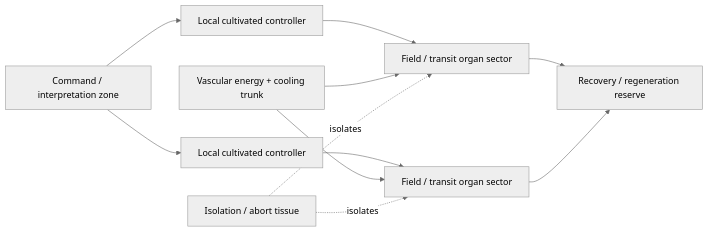
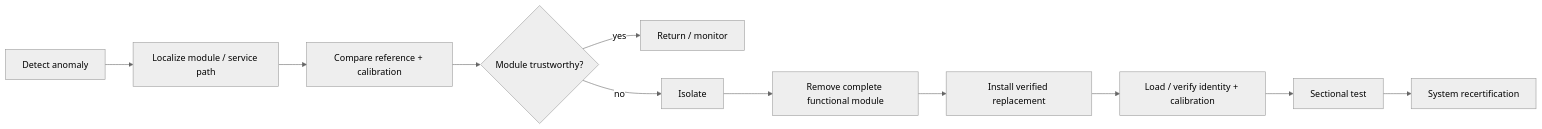
Before and after one commit to mrcalzon02/HB-TTRPG-tools: the second of 2 diagrams in docs/blacklight/ARNOCK_PROPULSION_TRANSIT_ENGINEERING_PROFILE.md, drawn with Mermaid (neutral theme). The commit also changed other lines of this file, not shown here.

````diff
--- a/docs/blacklight/ARNOCK_PROPULSION_TRANSIT_ENGINEERING_PROFILE.md
+++ b/docs/blacklight/ARNOCK_PROPULSION_TRANSIT_ENGINEERING_PROFILE.md
@@ -272,22 +351,13 @@
 ```mermaid
 flowchart LR
-    C[Command / interpretation zone]
-    N1[Local cultivated controller]
-    N2[Local cultivated controller]
-    F1[Field / transit organ sector]
-    F2[Field / transit organ sector]
-    V[Vascular energy + cooling trunk]
-    R[Recovery / regeneration reserve]
-    A[Isolation / abort tissue]
-
-    C --> N1
-    C --> N2
-    N1 --> F1
-    N2 --> F2
-    V --> F1
-    V --> F2
-    F1 --> R
-    F2 --> R
-    A -. isolates .-> F1
-    A -. isolates .-> F2
+    A[Detect anomaly] --> B[Localize module / service path]
+    B --> C[Compare reference + calibration]
+    C --> D{Module trustworthy?}
+    D -->|yes| E[Return / monitor]
+    D -->|no| F[Isolate]
+    F --> G[Remove complete functional module]
+    G --> H[Install verified replacement]
+    H --> I[Load / verify identity + calibration]
+    I --> J[Sectional test]
+    J --> K[System recertification]
 ```
````
